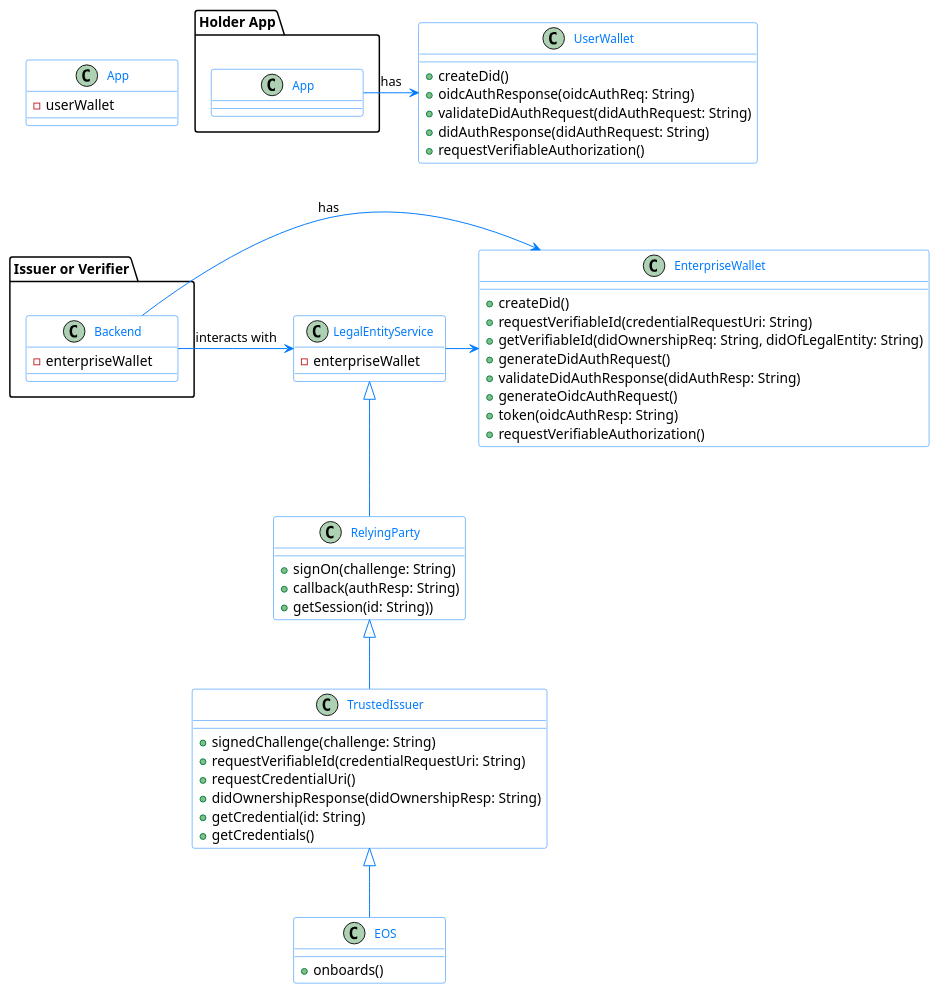
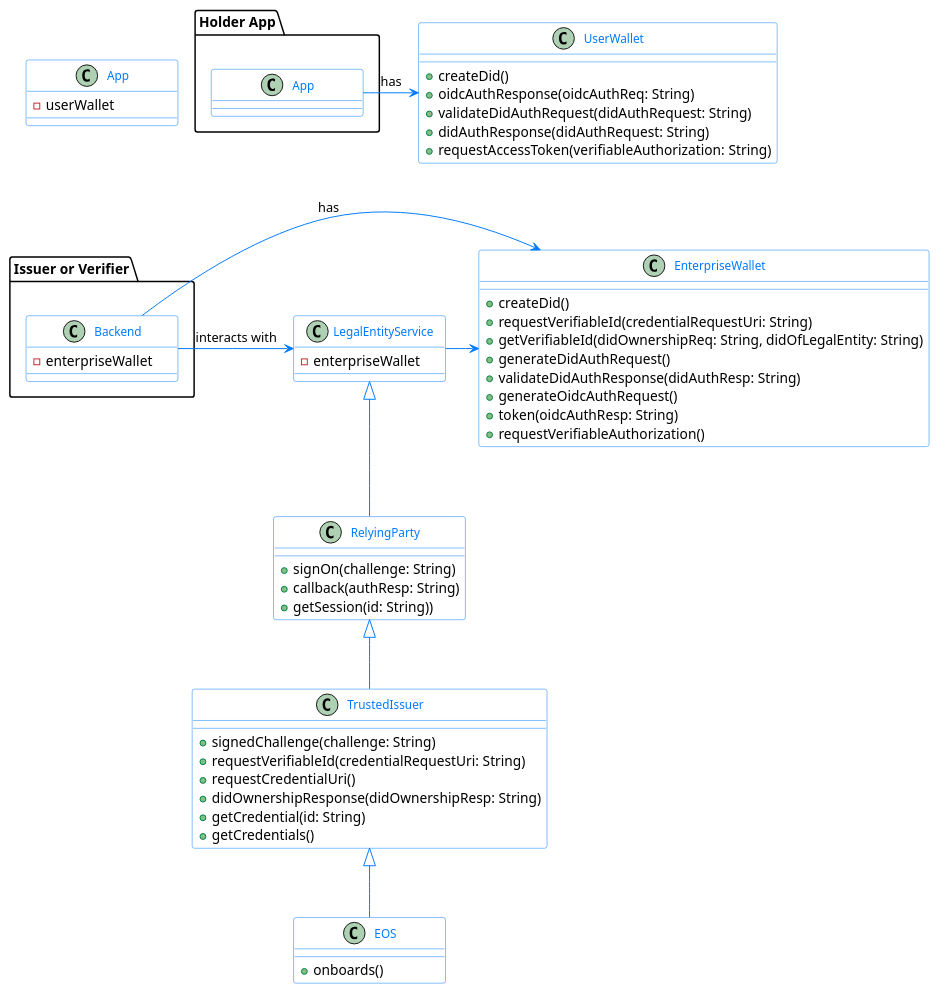
One commit to walt-id/waltid-ssikit changed the diagram in src/main/kotlin/org/letstrust/examples/letstrust-essif-components.puml. Above: the diagram before and after it, drawn with PlantUML. The commit also changed 7 other files, not shown here.

Commit message:
Added auth-api flow

```diff
--- a/src/main/kotlin/org/letstrust/examples/letstrust-essif-components.puml
+++ b/src/main/kotlin/org/letstrust/examples/letstrust-essif-components.puml
@@ -1,98 +1,98 @@
 @startuml
 'https://plantuml.com/class-diagram
 
 skinparam classFontColor 007BFF
 skinparam classFontSize 12
 skinparam classFontName Aapex
 skinparam backgroundColor white
 skinparam minClassWidth 155
 skinparam nodesep 34
 skinparam ranksep 70
 
 skinparam class {
 BorderColor 007BFF
 ArrowColor 007BFF
 BackgroundColor white
 }
 
 skinparam interface {
 BorderColor 007BFF
 ArrowColor 007BFF
 }
 
 skinparam note {
 BorderColor 007BFF
 BackgroundColor 7ACFF5
 }
 
 package "Issuer or Verifier" {
 class Backend {
  - enterpriseWallet
  }
 }
 
 Backend -> EnterpriseWallet: has
 Backend -> LegalEntityService: interacts with
 LegalEntityService -> EnterpriseWallet
 LegalEntityService <|-- RelyingParty
 RelyingParty <|-- TrustedIssuer
 TrustedIssuer <|-- EOS
 
 'EnterpriseWallet ..> EOS: onboards >
 'UserWallet ..> EOS: onboards >
 
 package "Holder App" {
 class App
 }
 
 App -> UserWallet: has
 
 class EnterpriseWallet {
 + createDid()
 + requestVerifiableId(credentialRequestUri: String)
 + getVerifiableId(didOwnershipReq: String, didOfLegalEntity: String)
 + generateDidAuthRequest()
 + validateDidAuthResponse(didAuthResp: String)
 + generateOidcAuthRequest()
 + token(oidcAuthResp: String)
 + requestVerifiableAuthorization()
 }
 
 class UserWallet {
 + createDid()
 + oidcAuthResponse(oidcAuthReq: String)
 + validateDidAuthRequest(didAuthRequest: String)
 + didAuthResponse(didAuthRequest: String)
-+ requestVerifiableAuthorization()
++ requestAccessToken(verifiableAuthorization: String)
 }
 
 class LegalEntityService {
  - enterpriseWallet
 }
 
 class RelyingParty {
  + signOn(challenge: String)
  + callback(authResp: String)
  + getSession(id: String))
 }
 
 class TrustedIssuer {
  + signedChallenge(challenge: String)
  + requestVerifiableId(credentialRequestUri: String)
  + requestCredentialUri()
  + didOwnershipResponse(didOwnershipResp: String)
  + getCredential(id: String)
  + getCredentials()
 }
 
 class EOS {
  + onboards()
 }
 
 class App {
  - userWallet
 }
 
 App -[hidden]- Backend
 
 @enduml
```
